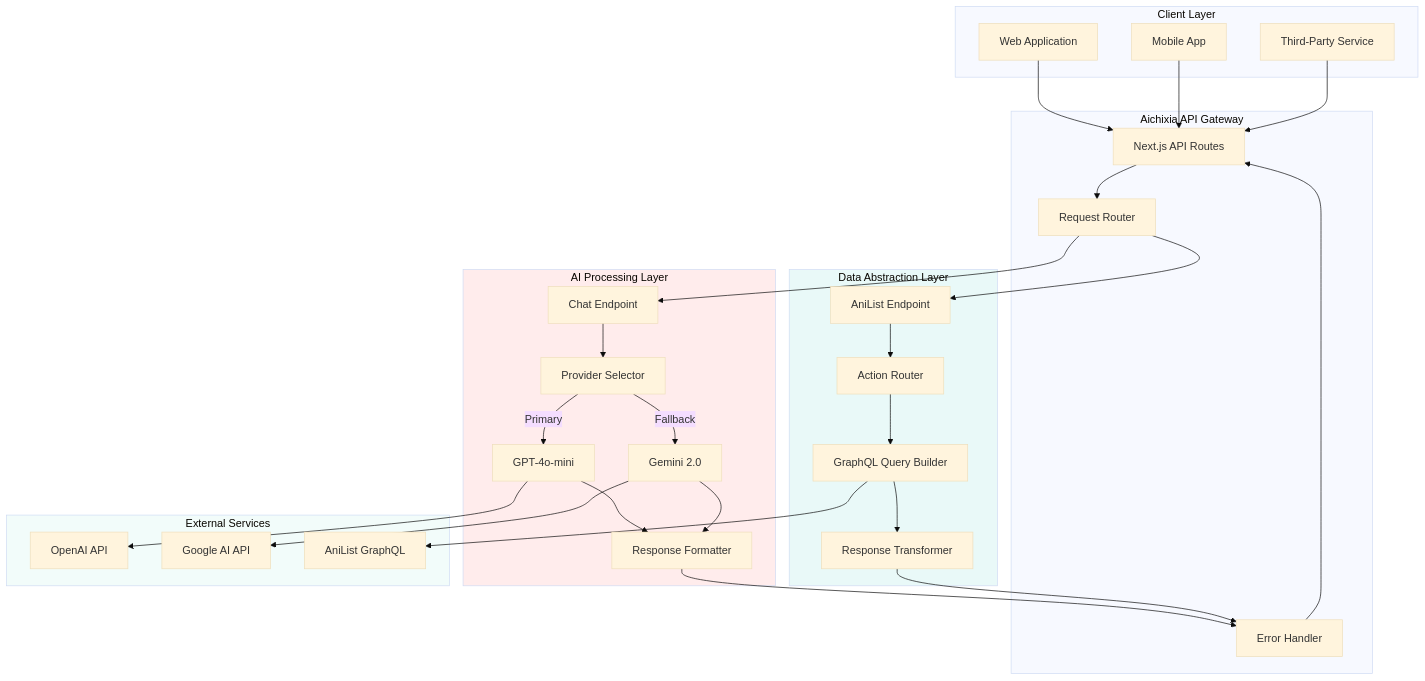
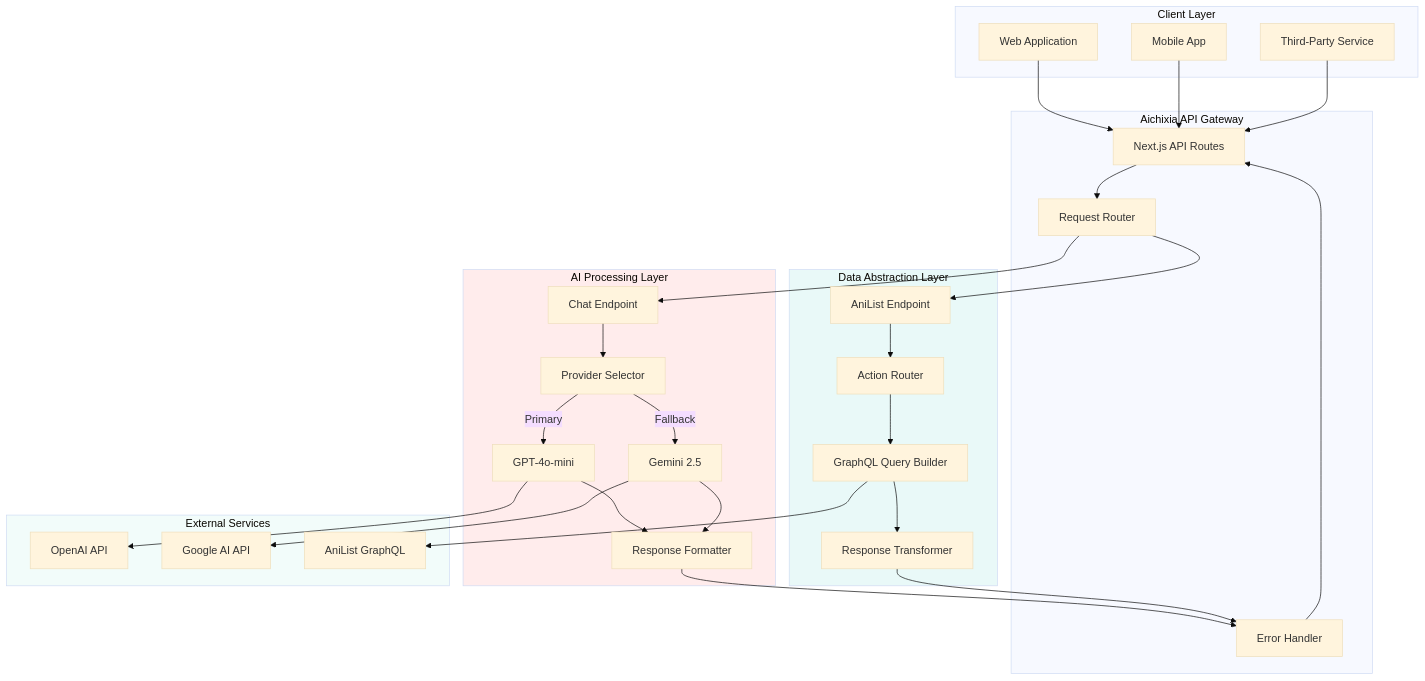
The first of 3 diagrams in README.md (Takawell/Aichixia), drawn with Mermaid (base theme) before and after one commit.

````diff
--- a/README.md
+++ b/README.md
@@ -80,65 +80,65 @@
 ```mermaid
 graph TB
     subgraph Client["Client Layer"]
         A[Web Application]
         B[Mobile App]
         C[Third-Party Service]
     end
     
     subgraph API["Aichixia API Gateway"]
         D[Next.js API Routes]
         E[Request Router]
         F[Error Handler]
     end
     
     subgraph AI["AI Processing Layer"]
         G[Chat Endpoint]
         H[Provider Selector]
         I[GPT-4o-mini]
-        J[Gemini 2.0]
+        J[Gemini 2.5]
         K[Response Formatter]
     end
     
     subgraph Data["Data Abstraction Layer"]
         L[AniList Endpoint]
         M[Action Router]
         N[GraphQL Query Builder]
         O[Response Transformer]
     end
     
     subgraph External["External Services"]
         P[OpenAI API]
         Q[Google AI API]
         R[AniList GraphQL]
     end
     
     A --> D
     B --> D
     C --> D
     
     D --> E
     E --> G
     E --> L
     
     G --> H
     H -->|Primary| I
     H -->|Fallback| J
     I --> K
     J --> K
     K --> F
     
     L --> M
     M --> N
     N --> O
     O --> F
     
     I --> P
     J --> Q
     N --> R
     
     F --> D
     
     style AI fill:#ff6b6b20
     style Data fill:#4ecdc420
     style External fill:#95e1d320
 ```
````
